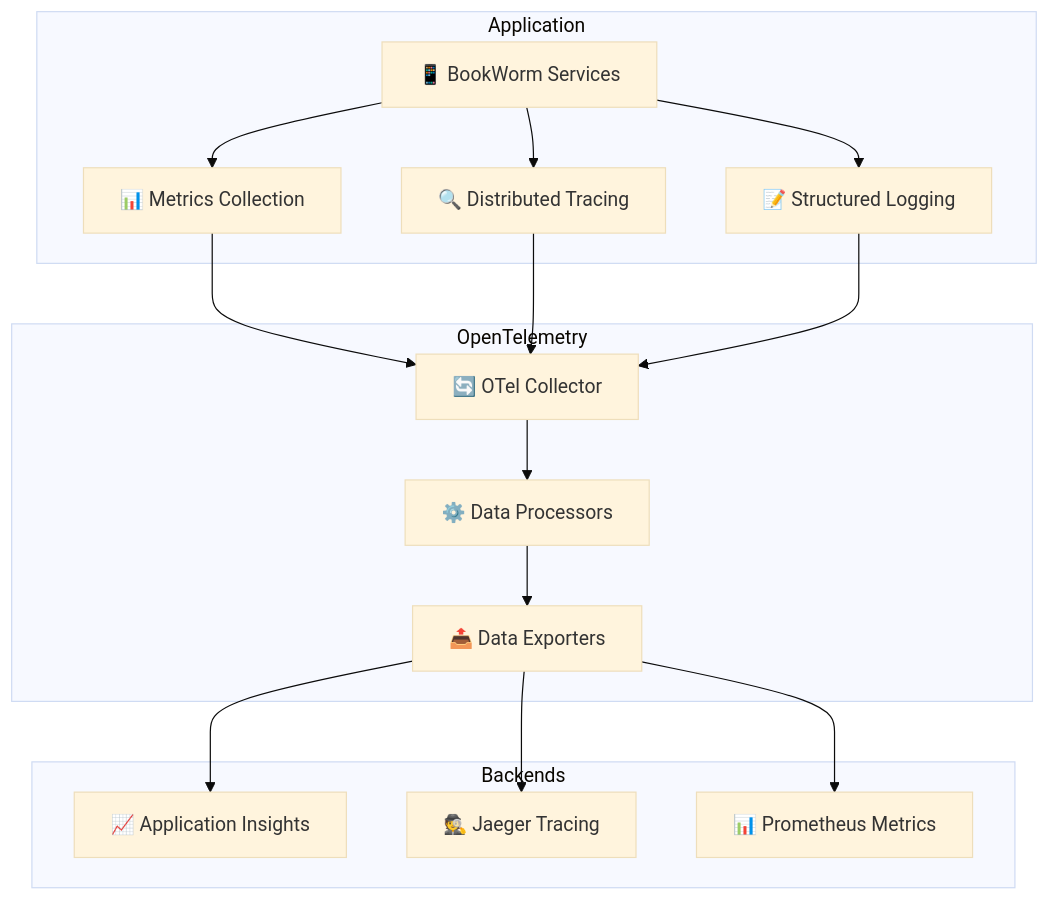
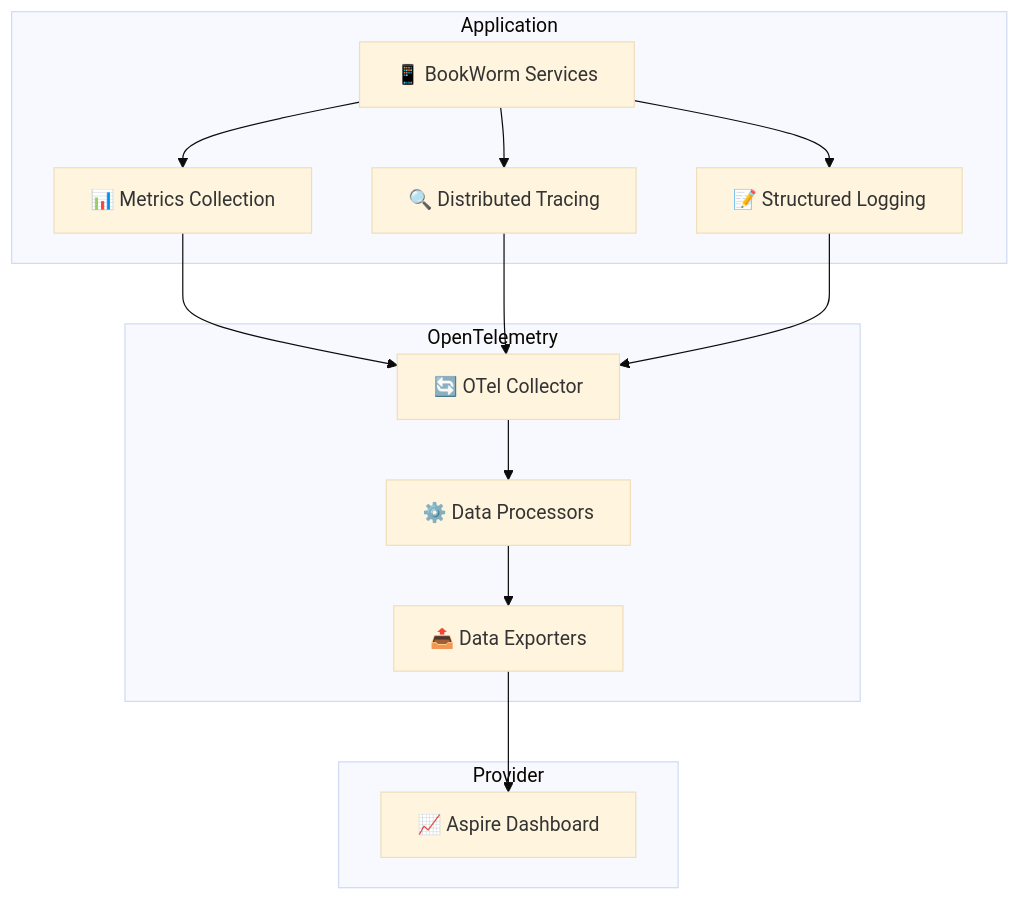
The fourth of 4 diagrams in docs/src/architecture/08-cross-cutting-concepts.md (foxminchan/BookWorm), drawn with Mermaid (base theme) before and after one commit. The commit also changed other lines of this file and 29 other files, not shown here.

First line of the commit message:
feat(docs): Enhance architecture documentation with ADRs and detailed sections

````diff
--- a/docs/src/architecture/08-cross-cutting-concepts.md
+++ b/docs/src/architecture/08-cross-cutting-concepts.md
@@ -235,36 +205,32 @@
 ```mermaid
 graph TB
     subgraph "Application"
         App[📱 BookWorm Services]
         Metrics[📊 Metrics Collection]
         Traces[🔍 Distributed Tracing]
         Logs[📝 Structured Logging]
     end
-    
+
     subgraph "OpenTelemetry"
         Collector[🔄 OTel Collector]
         Processors[⚙️ Data Processors]
         Exporters[📤 Data Exporters]
     end
-    
-    subgraph "Backends"
-        AppInsights[📈 Application Insights]
-        Jaeger[🕵️ Jaeger Tracing]
-        Prometheus[📊 Prometheus Metrics]
+
+    subgraph "Provider"
+        Aspire[📈 Aspire Dashboard]
     end
-    
+
     App --> Metrics
     App --> Traces
     App --> Logs
-    
+
     Metrics --> Collector
     Traces --> Collector
     Logs --> Collector
-    
+
     Collector --> Processors
     Processors --> Exporters
-    
-    Exporters --> AppInsights
-    Exporters --> Jaeger
-    Exporters --> Prometheus
+
+    Exporters --> Aspire
 ```
````
